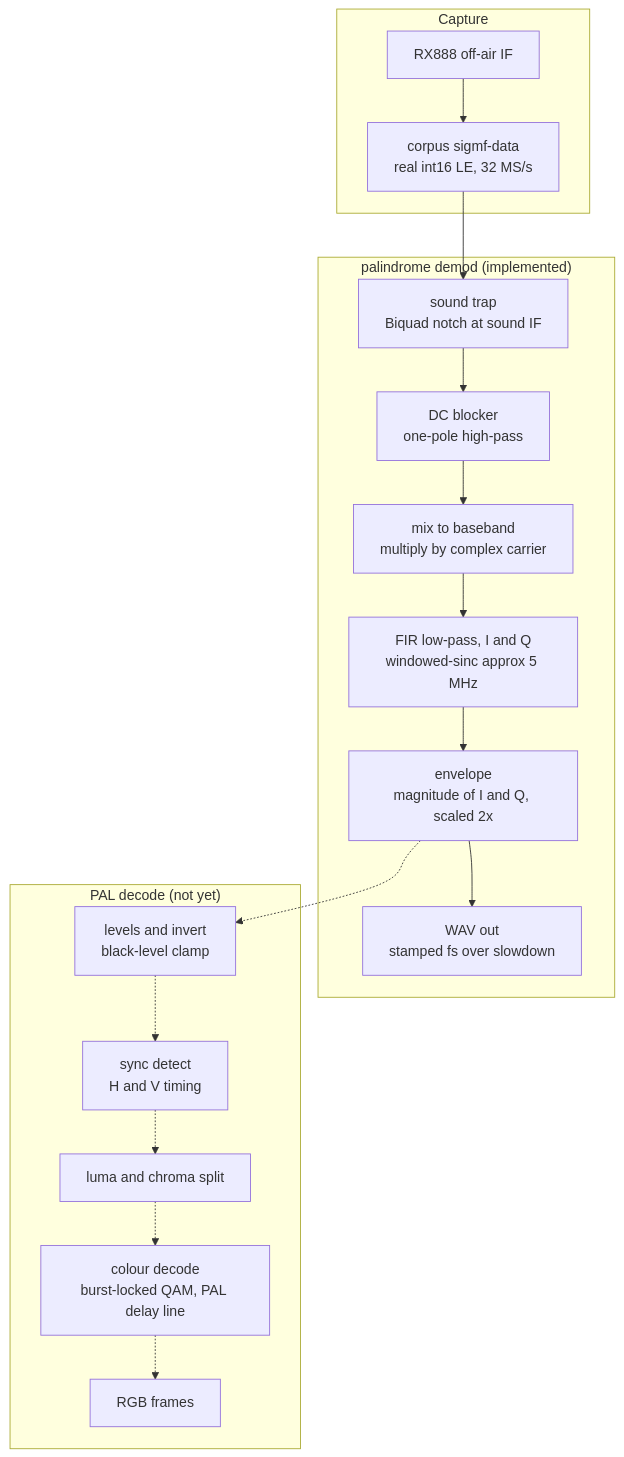
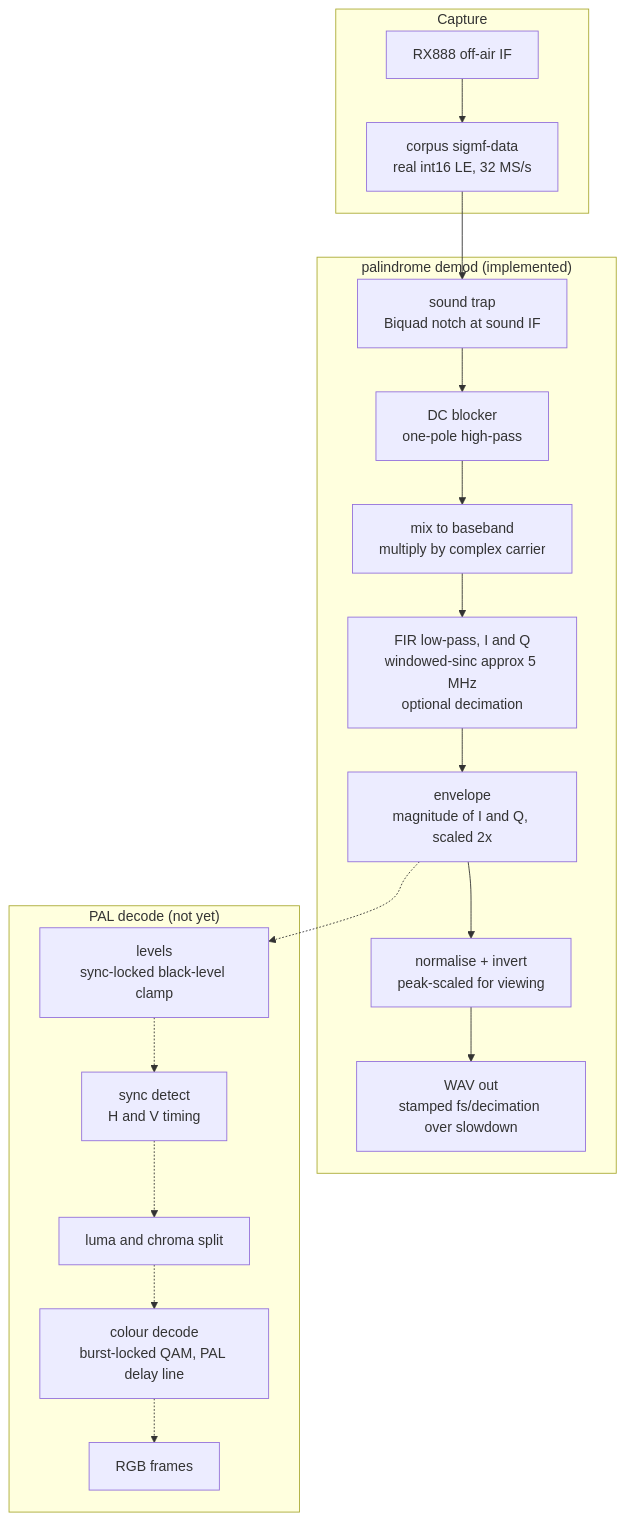
Before and after one commit to mattgodbolt/PALindrome: the diagram in README.md, drawn with Mermaid. The commit also changed other lines of this file, not shown here.

````diff
--- a/README.md
+++ b/README.md
@@ -45,23 +51,24 @@
 ```mermaid
 flowchart TD
     subgraph cap["Capture"]
       RF["RX888 off-air IF"] --> SIGMF["corpus sigmf-data<br/>real int16 LE, 32 MS/s"]
     end
 
     subgraph demod["palindrome demod (implemented)"]
       SIGMF --> TRAP["sound trap<br/>Biquad notch at sound IF"]
       TRAP --> DC["DC blocker<br/>one-pole high-pass"]
       DC --> MIX["mix to baseband<br/>multiply by complex carrier"]
-      MIX --> LP["FIR low-pass, I and Q<br/>windowed-sinc approx 5 MHz"]
+      MIX --> LP["FIR low-pass, I and Q<br/>windowed-sinc approx 5 MHz<br/>optional decimation"]
       LP --> MAG["envelope<br/>magnitude of I and Q, scaled 2x"]
-      MAG --> WAV["WAV out<br/>stamped fs over slowdown"]
+      MAG --> NORM["normalise + invert<br/>peak-scaled for viewing"]
+      NORM --> WAV["WAV out<br/>stamped fs/decimation over slowdown"]
     end
 
     subgraph todo["PAL decode (not yet)"]
-      MAG -.-> LVL["levels and invert<br/>black-level clamp"]
+      MAG -.-> LVL["levels<br/>sync-locked black-level clamp"]
       LVL -.-> SYNC["sync detect<br/>H and V timing"]
       SYNC -.-> SEP["luma and chroma split"]
       SEP -.-> COL["colour decode<br/>burst-locked QAM, PAL delay line"]
       COL -.-> RGB["RGB frames"]
     end
 ```
````
